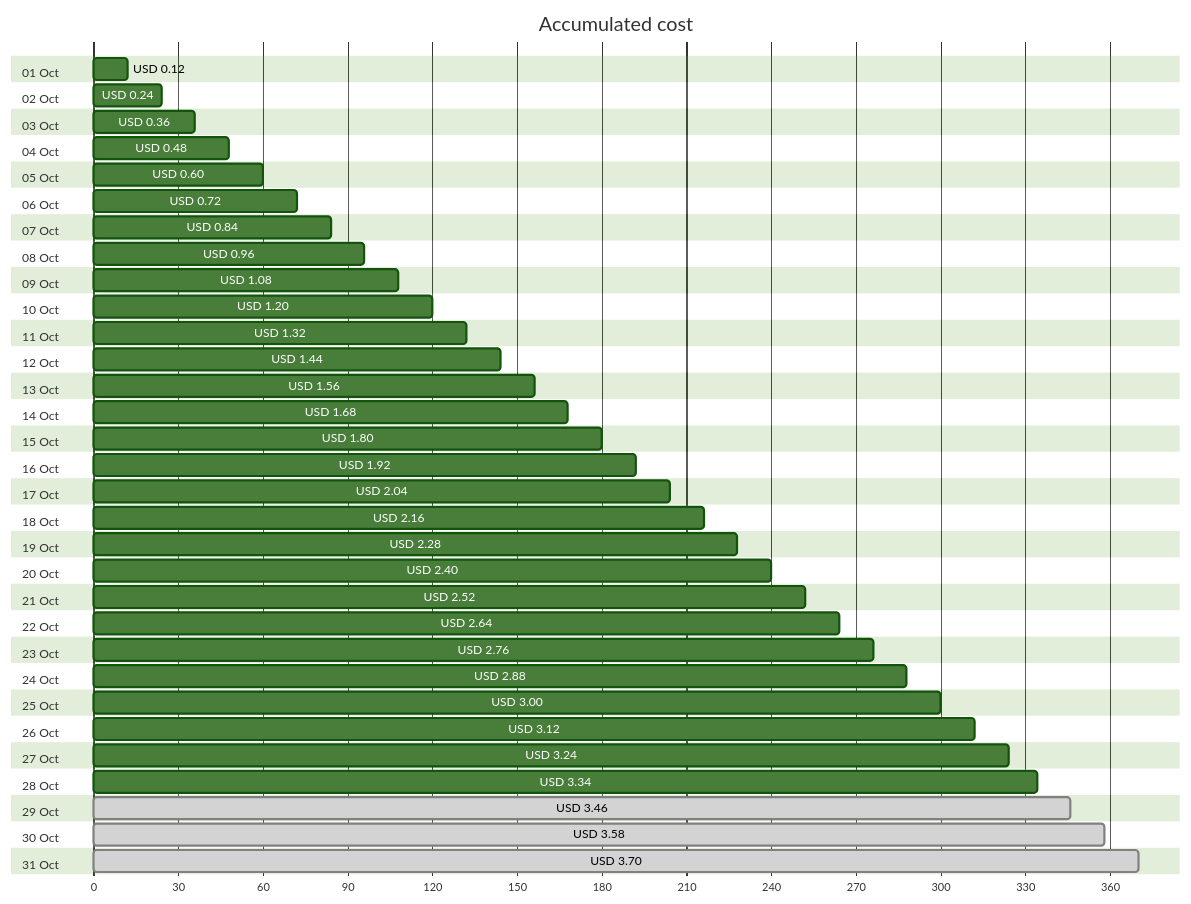
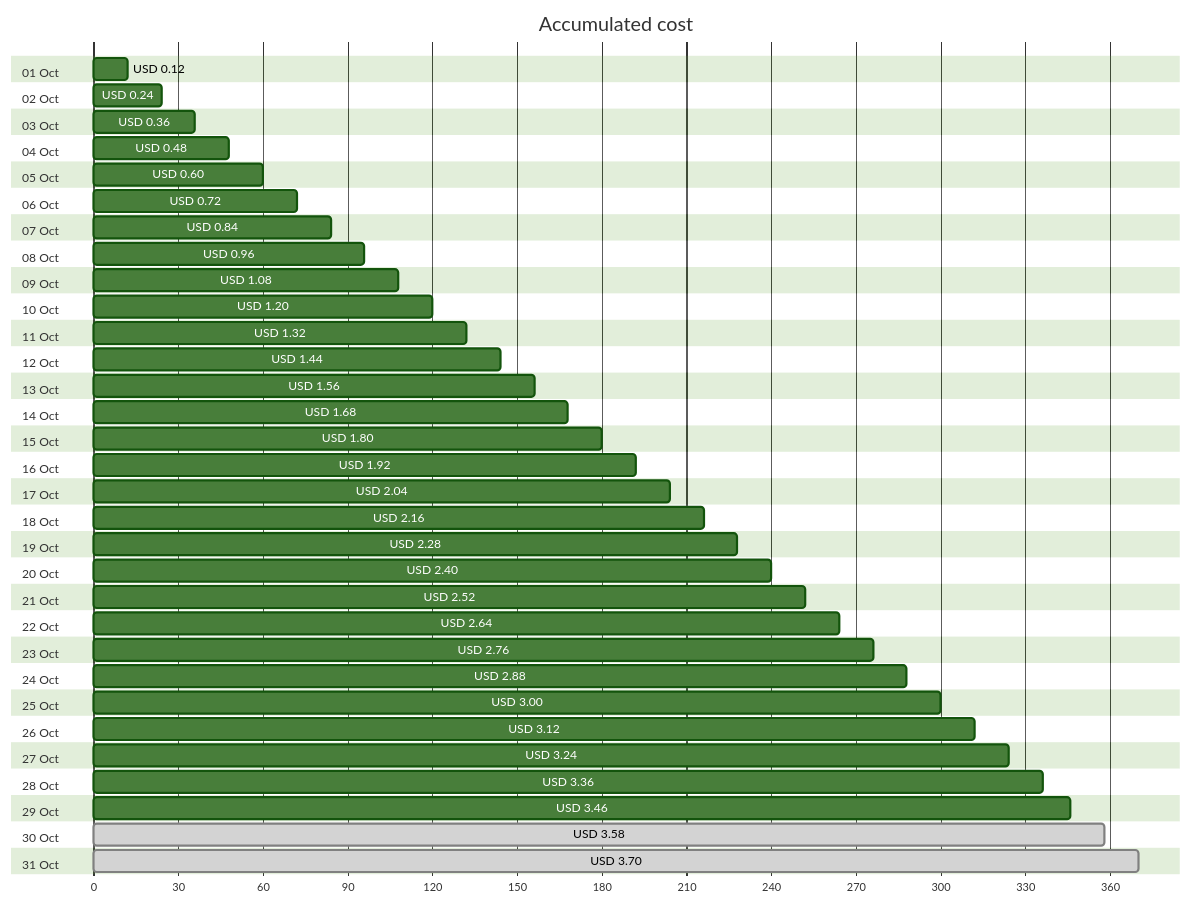
The first of 4 diagrams in cost-reports/personal-network/backup-server-public-ip.md (jpfulton/azure-personal-reports), drawn with Mermaid (forest theme) before and after one commit. The commit also changed other lines of this file and 8 other files, not shown here.

````diff
--- a/cost-reports/personal-network/backup-server-public-ip.md
+++ b/cost-reports/personal-network/backup-server-public-ip.md
@@ -20,68 +20,68 @@
 ```mermaid
 gantt
    title Accumulated cost
    dateFormat  X
    axisFormat %s
    section 01 Oct
    USD 0.12 :0, 12
    section 02 Oct
    USD 0.24 :0, 24
    section 03 Oct
    USD 0.36 :0, 36
    section 04 Oct
    USD 0.48 :0, 48
    section 05 Oct
    USD 0.60 :0, 60
    section 06 Oct
    USD 0.72 :0, 72
    section 07 Oct
    USD 0.84 :0, 84
    section 08 Oct
    USD 0.96 :0, 96
    section 09 Oct
    USD 1.08 :0, 108
    section 10 Oct
    USD 1.20 :0, 120
    section 11 Oct
    USD 1.32 :0, 132
    section 12 Oct
    USD 1.44 :0, 144
    section 13 Oct
    USD 1.56 :0, 156
    section 14 Oct
    USD 1.68 :0, 168
    section 15 Oct
    USD 1.80 :0, 180
    section 16 Oct
    USD 1.92 :0, 192
    section 17 Oct
    USD 2.04 :0, 204
    section 18 Oct
    USD 2.16 :0, 216
    section 19 Oct
    USD 2.28 :0, 228
    section 20 Oct
    USD 2.40 :0, 240
    section 21 Oct
    USD 2.52 :0, 252
    section 22 Oct
    USD 2.64 :0, 264
    section 23 Oct
    USD 2.76 :0, 276
    section 24 Oct
    USD 2.88 :0, 288
    section 25 Oct
    USD 3.00 :0, 300
    section 26 Oct
    USD 3.12 :0, 312
    section 27 Oct
    USD 3.24 :0, 324
    section 28 Oct
-   USD 3.34 :0, 334
+   USD 3.36 :0, 336
    section 29 Oct
-   USD 3.46 : done, 0, 346
+   USD 3.46 :0, 346
    section 30 Oct
    USD 3.58 : done, 0, 358
    section 31 Oct
    USD 3.70 : done, 0, 370
 ```
````
